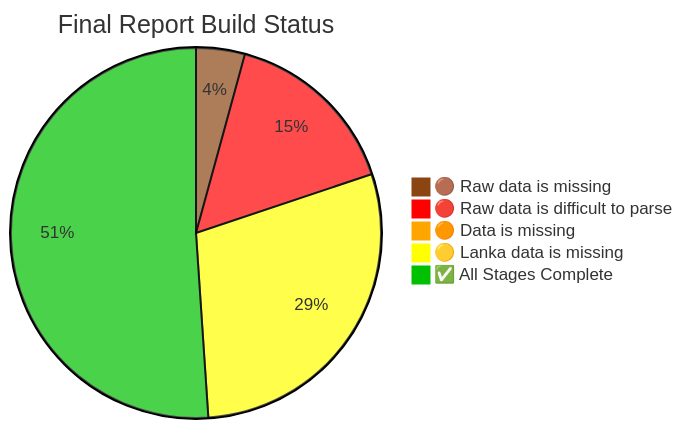
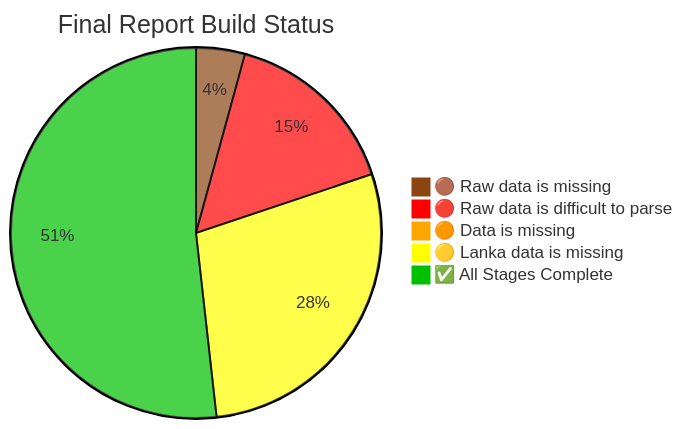
One commit to nuuuwan/lk_census_2024 changed the diagram in README.md. Above: the diagram before and after it, drawn with Mermaid. The commit also changed other lines of this file and 4 other files, not shown here.

Commit message:
Update README and JSON files for Chapter 11, correcting sector keys and adding lanka_data.json for household technology statistics

````diff
--- a/README.md
+++ b/README.md
@@ -220,9 +220,9 @@
 ```mermaid
 %%{init: {"theme": "base", "themeVariables": {"pie1": "#8B4513", "pie2": "#FF0000", "pie3": "#FFA500", "pie4": "#FFFF00", "pie5": "#00c000"}}}%%
 pie title Final Report Build Status
 "🟤 Raw data is missing" : 6
     "🔴 Raw data is difficult to parse" : 22
     "🟠 Data is missing" : 1
-    "🟡 Lanka data is missing" : 41
-    "✅ All Stages Complete" : 72
+    "🟡 Lanka data is missing" : 40
+    "✅ All Stages Complete" : 73
 ```
````
